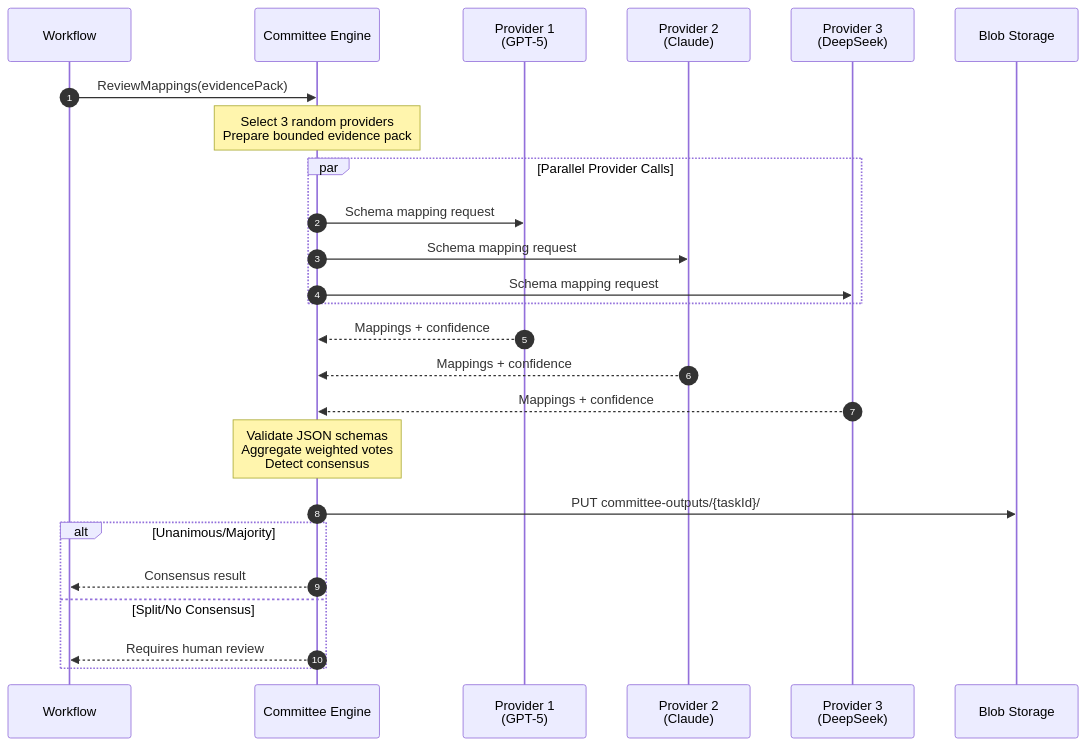
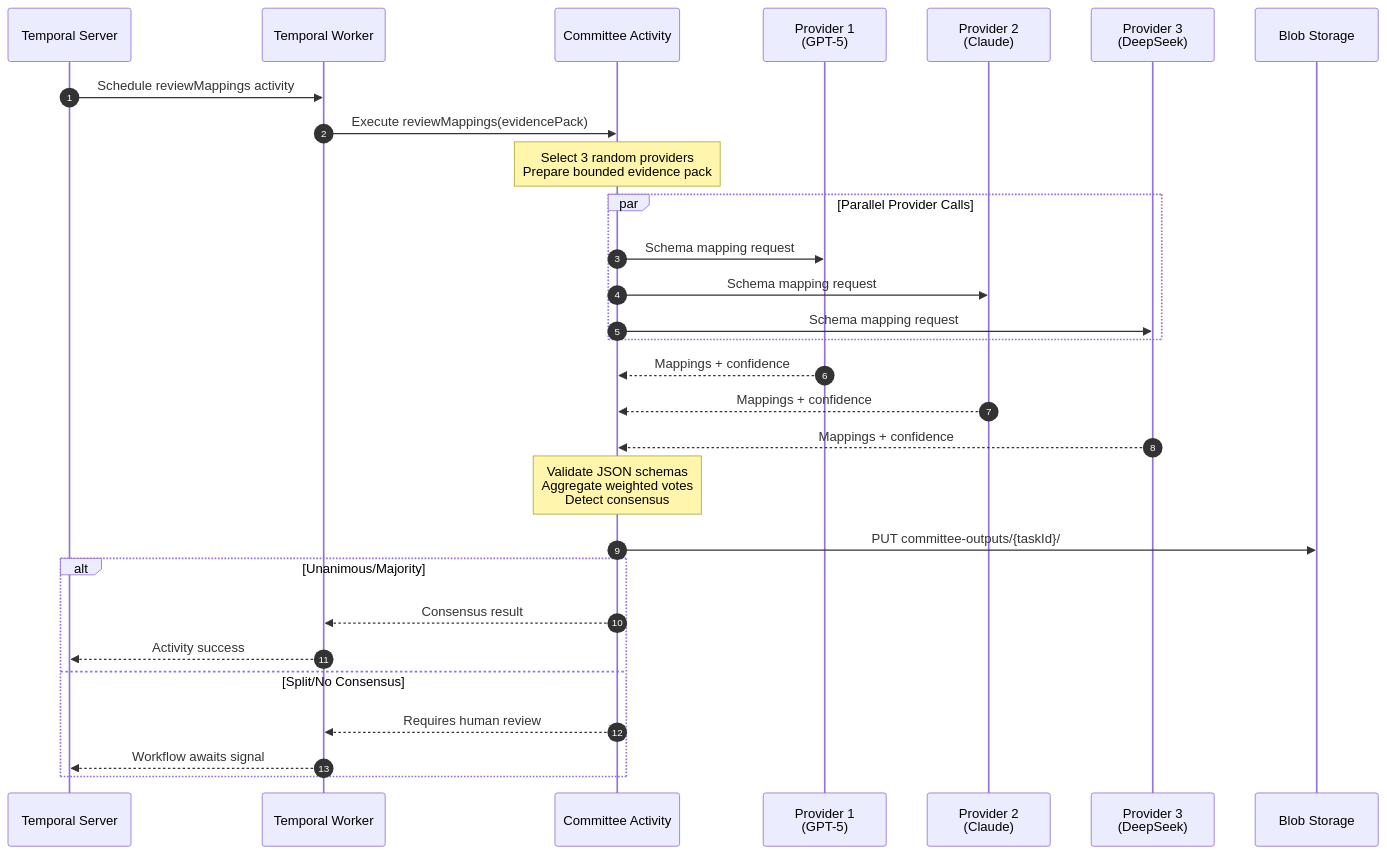
The fourth of 11 diagrams in app/docs/architecture/data-flow.md (CoronovirusG10/Zoho-order-processing), drawn with Mermaid before and after one commit. The commit also changed other lines of this file and 40 other files, not shown here.

Commit message:
Add VM migration architecture, Temporal workflow implementation, and infrastructure updates

````diff
--- a/app/docs/architecture/data-flow.md
+++ b/app/docs/architecture/data-flow.md
@@ -118,34 +132,38 @@
 ```mermaid
 sequenceDiagram
     autonumber
-    participant W as Workflow
-    participant CE as Committee Engine
+    participant Temp as Temporal Server
+    participant W as Temporal Worker
+    participant CE as Committee Activity
     participant P1 as Provider 1<br/>(GPT-5)
     participant P2 as Provider 2<br/>(Claude)
     participant P3 as Provider 3<br/>(DeepSeek)
     participant S as Blob Storage
 
-    W->>CE: ReviewMappings(evidencePack)
+    Temp->>W: Schedule reviewMappings activity
+    W->>CE: Execute reviewMappings(evidencePack)
 
     Note over CE: Select 3 random providers<br/>Prepare bounded evidence pack
 
     par Parallel Provider Calls
         CE->>P1: Schema mapping request
         CE->>P2: Schema mapping request
         CE->>P3: Schema mapping request
     end
 
     P1-->>CE: Mappings + confidence
     P2-->>CE: Mappings + confidence
     P3-->>CE: Mappings + confidence
 
     Note over CE: Validate JSON schemas<br/>Aggregate weighted votes<br/>Detect consensus
 
     CE->>S: PUT committee-outputs/{taskId}/
 
     alt Unanimous/Majority
         CE-->>W: Consensus result
+        W-->>Temp: Activity success
     else Split/No Consensus
         CE-->>W: Requires human review
+        W-->>Temp: Workflow awaits signal
     end
 ```
````
